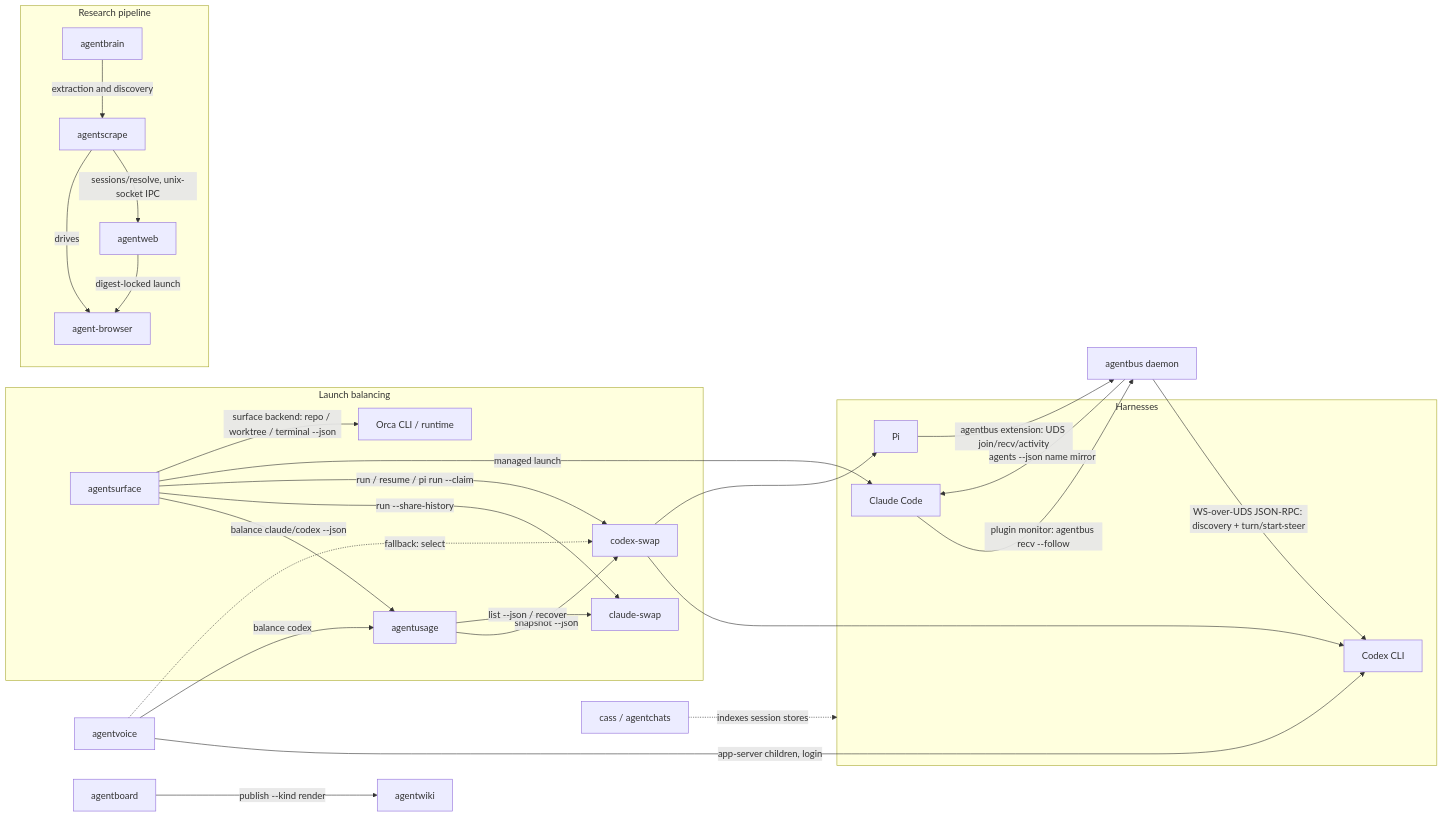
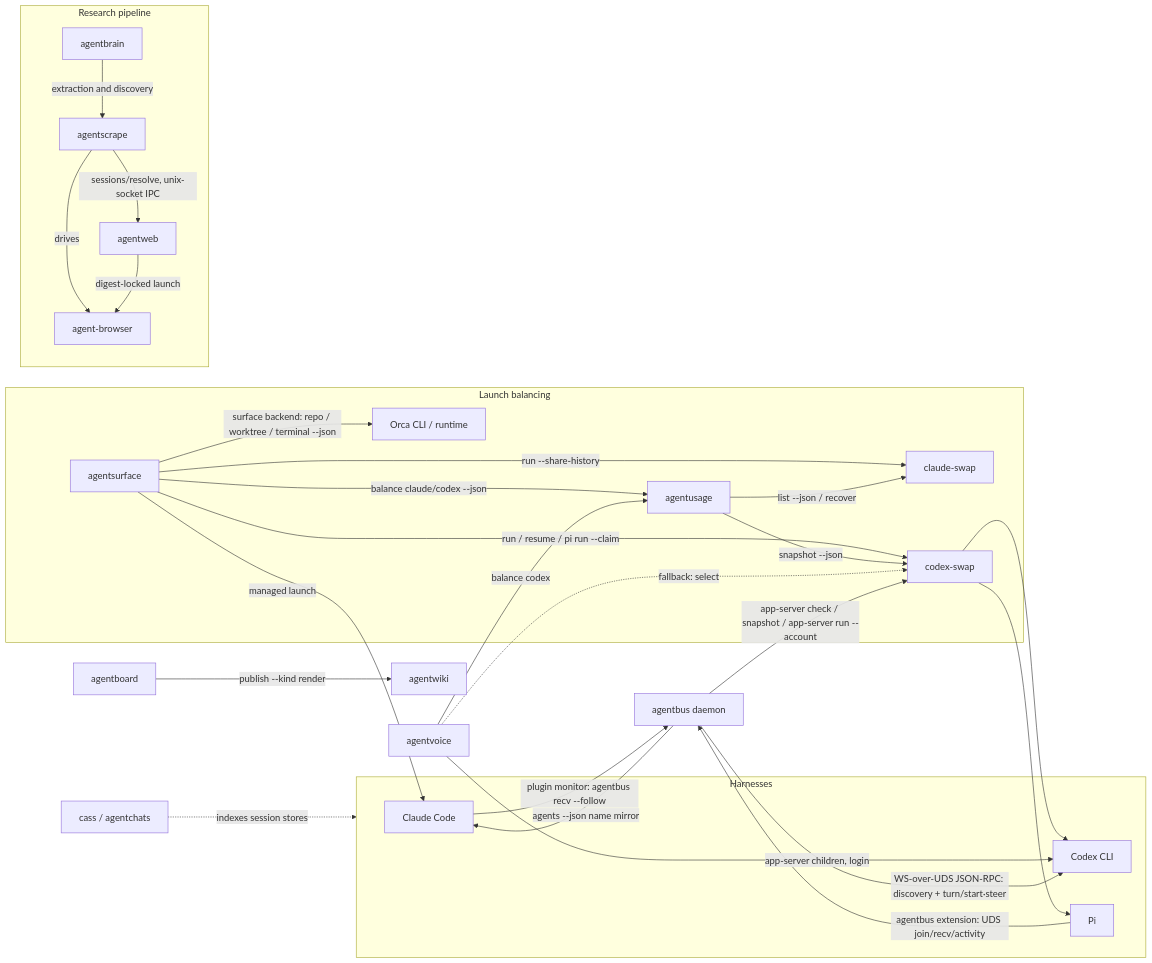
Before and after one commit to possibilities/agentdots: the first of 3 diagrams in skills/fleet/MAP.md, drawn with Mermaid. The commit also changed other lines of this file, not shown here.

First line of the commit message:
Fleet map: agentbus -> codex-swap app-server surface, and codex-swap's ndy fork pin

````diff
--- a/skills/fleet/MAP.md
+++ b/skills/fleet/MAP.md
@@ -18,51 +18,52 @@
 ```mermaid
 flowchart LR
     subgraph harnesses [Harnesses]
         claude[Claude Code]
         codex[Codex CLI]
         pi[Pi]
     end
 
     subgraph balancing [Launch balancing]
         surface[agentsurface]
         usage[agentusage]
         claudeSwap[claude-swap]
         swap[codex-swap]
         orca[Orca CLI / runtime]
     end
 
     subgraph research [Research pipeline]
         brain[agentbrain]
         scrape[agentscrape]
         web[agentweb]
         browser[agent-browser]
     end
 
     voice[agentvoice]
     board[agentboard]
     wiki[agentwiki]
     chats[cass / agentchats]
 
     surface -->|balance claude/codex --json| usage
     surface -->|run --share-history| claudeSwap
     surface -->|run / resume / pi run --claim| swap
     surface -->|managed launch| claude
     surface -->|surface backend: repo / worktree / terminal --json| orca
     swap --> codex
     swap --> pi
     usage -->|snapshot --json| swap
     usage -->|list --json / recover| claudeSwap
     voice -->|app-server children, login| codex
     voice -->|balance codex| usage
     voice -.->|fallback: select| swap
     brain -->|extraction and discovery| scrape
     scrape -->|drives| browser
     scrape -->|sessions/resolve, unix-socket IPC| web
     web -->|digest-locked launch| browser
     board -->|publish --kind render| wiki
     chats -.->|indexes session stores| harnesses
     bus[agentbus daemon] -->|agents --json name mirror| claude
     bus -->|WS-over-UDS JSON-RPC: discovery + turn/start·steer| codex
+    bus -->|app-server check / snapshot / app-server run --account| swap
     claude -->|plugin monitor: agentbus recv --follow| bus
     pi -->|agentbus extension: UDS join/recv/activity| bus
 ```
````
